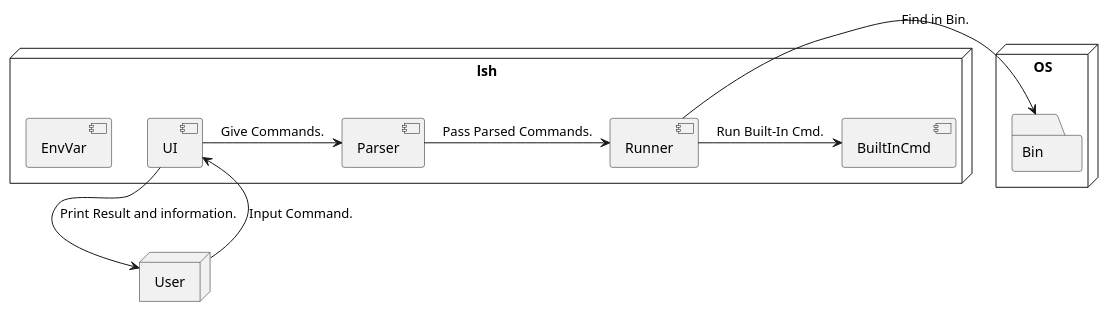
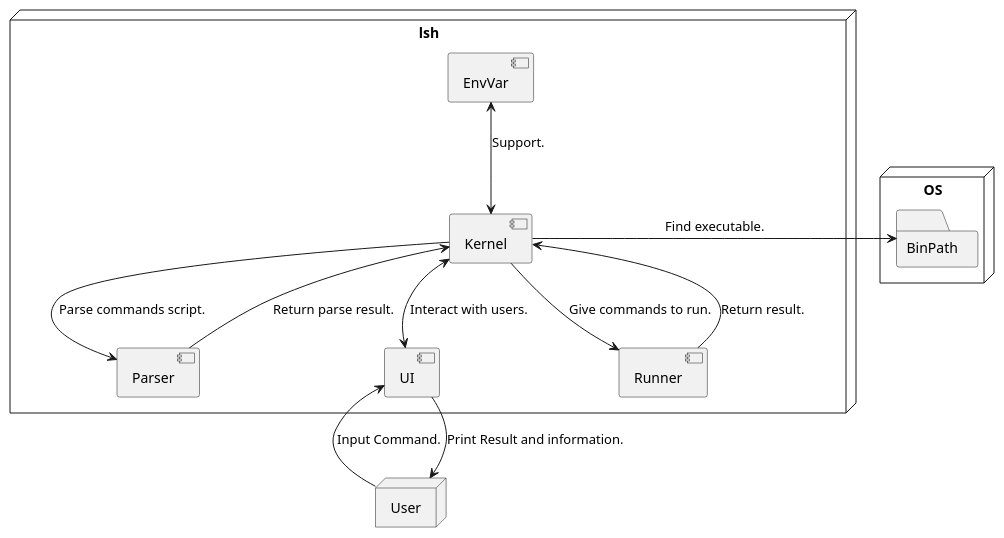
Before and after one commit to ipChrisLee/BJTU_OS_Projects: the diagram in lee_shell/docs/lsh.puml, drawn with PlantUML.

Commit message:
Docs [lee_shell/lsh.puml] : Change logical structure.

```diff
--- a/lee_shell/docs/lsh.puml
+++ b/lee_shell/docs/lsh.puml
@@ -1,28 +1,26 @@
 @startuml
 'https://plantuml.com/component-diagram
 
 node "lsh"{
-	[EnvVar]
-	[UI]
-	[Parser]
-	[UI] -> [Parser] : Give Commands.
-	[BuiltInCmd]
-	[Runner]
-	[Parser] -> [Runner] : Pass Parsed Commands.
-	[Runner] -> [BuiltInCmd] : Run Built-In Cmd.
+	[Kernel] <--> [UI] : Interact with users.
+	[Kernel] -> [Parser] : Parse commands script.
+	[Parser] --> [Kernel] : Return parse result.
+	[EnvVar] <--> [Kernel] : Support.
+	[Kernel] -> [Runner] : Give commands to run.
+	[Runner] --> [Kernel] : Return result.
 }
 node "User"{
 	User --> [UI] : Input Command.
 	[UI] --> User : Print Result and information.
 }
 node "OS" {
-	folder Bin
-	[Runner] -> Bin : Find in Bin.
+	folder BinPath
+	[Kernel] -> BinPath : Find executable.
 }
 
 
 
 
 
 
 @enduml
```
